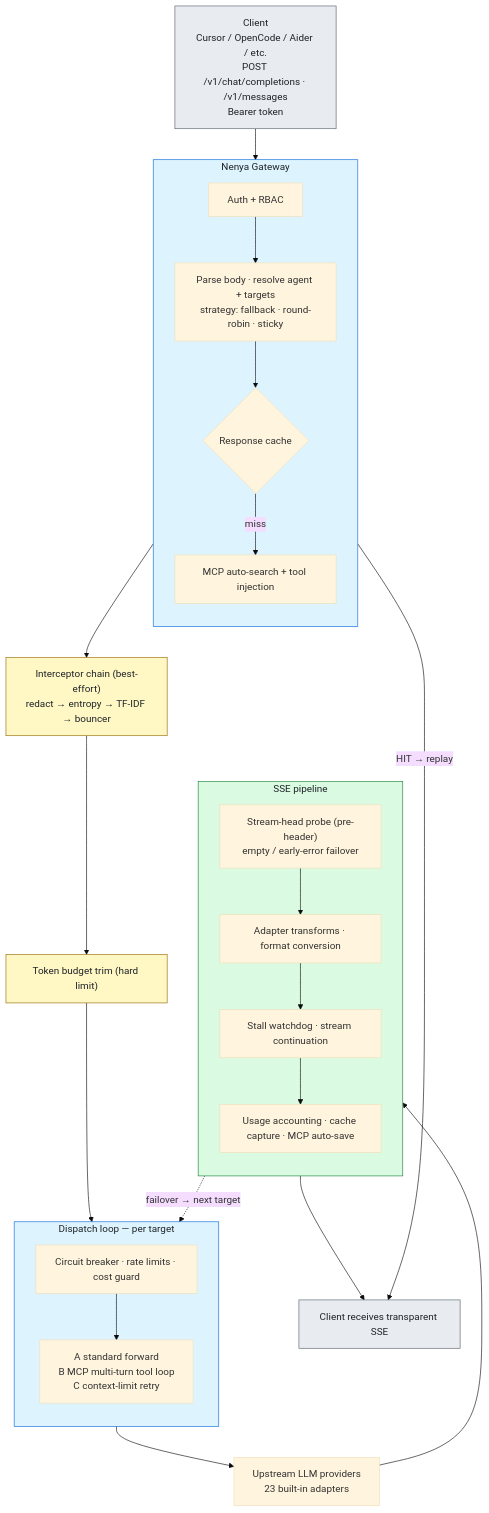
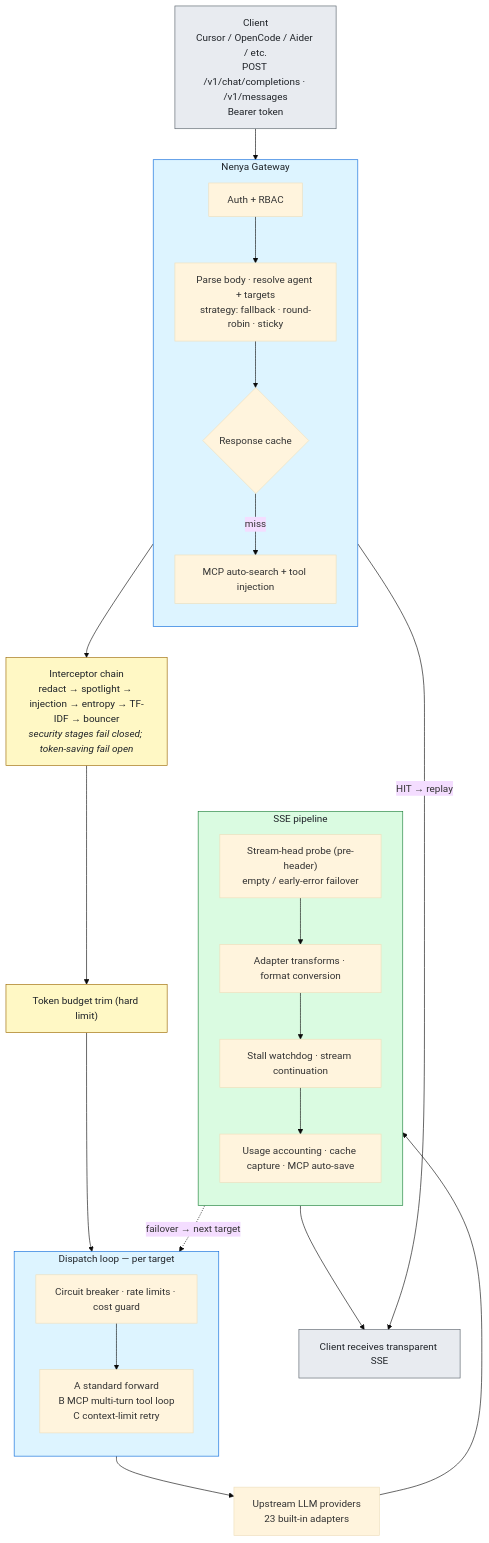
Before and after one commit to gumieri/nenya: the diagram in README.md, drawn with Mermaid (base theme). The commit also changed other lines of this file and 10 other files, not shown here.

````diff
--- a/README.md
+++ b/README.md
@@ -120,49 +120,49 @@
 ```mermaid
 flowchart TD
     CLIENT["Client<br/>Cursor / OpenCode / Aider / etc.<br/>POST /v1/chat/completions · /v1/messages<br/>Bearer token"]
 
     subgraph GW["Nenya Gateway"]
         direction TB
         AUTH["Auth + RBAC"]
         RESOLVE["Parse body · resolve agent + targets<br/>strategy: fallback · round-robin · sticky"]
         CACHE{"Response cache"}
         MCPINJ["MCP auto-search + tool injection"]
     end
 
-    CHAIN["Interceptor chain (best-effort)<br/>redact → entropy → TF-IDF → bouncer"]
+    CHAIN["Interceptor chain<br/>redact → spotlight → injection → entropy → TF-IDF → bouncer<br/><i>security stages fail closed; token-saving fail open</i>"]
     TRIM["Token budget trim (hard limit)"]
 
     subgraph LOOP["Dispatch loop — per target"]
         direction TB
         GUARDS["Circuit breaker · rate limits · cost guard"]
         MODES["A standard forward<br/>B MCP multi-turn tool loop<br/>C context-limit retry"]
     end
 
     UPSTREAM["Upstream LLM providers<br/>23 built-in adapters"]
 
     subgraph SSE["SSE pipeline"]
         direction TB
         PROBE["Stream-head probe (pre-header)<br/>empty / early-error failover"]
         XFORM["Adapter transforms · format conversion"]
         WATCH["Stall watchdog · stream continuation"]
         ACCT["Usage accounting · cache capture · MCP auto-save"]
     end
 
     OUT["Client receives transparent SSE"]
 
     CLIENT --> AUTH --> RESOLVE --> CACHE
     CACHE -- "HIT → replay" --> OUT
     CACHE -- "miss" --> MCPINJ --> CHAIN --> TRIM --> GUARDS --> MODES --> UPSTREAM
     UPSTREAM --> PROBE --> XFORM --> WATCH --> ACCT --> OUT
     PROBE -. "failover → next target" .-> GUARDS
 
     classDef io fill:#e8ebf0,stroke:#57606a,color:#1f2328
     classDef gw fill:#ddf4ff,stroke:#0969da,color:#1f2328
     classDef pipe fill:#fff8c5,stroke:#9a6700,color:#1f2328
     classDef sse fill:#dafbe1,stroke:#1a7f37,color:#1f2328
 
     class CLIENT,OUT io
     class GW,LOOP gw
     class CHAIN,TRIM pipe
     class SSE sse
 ```
````
